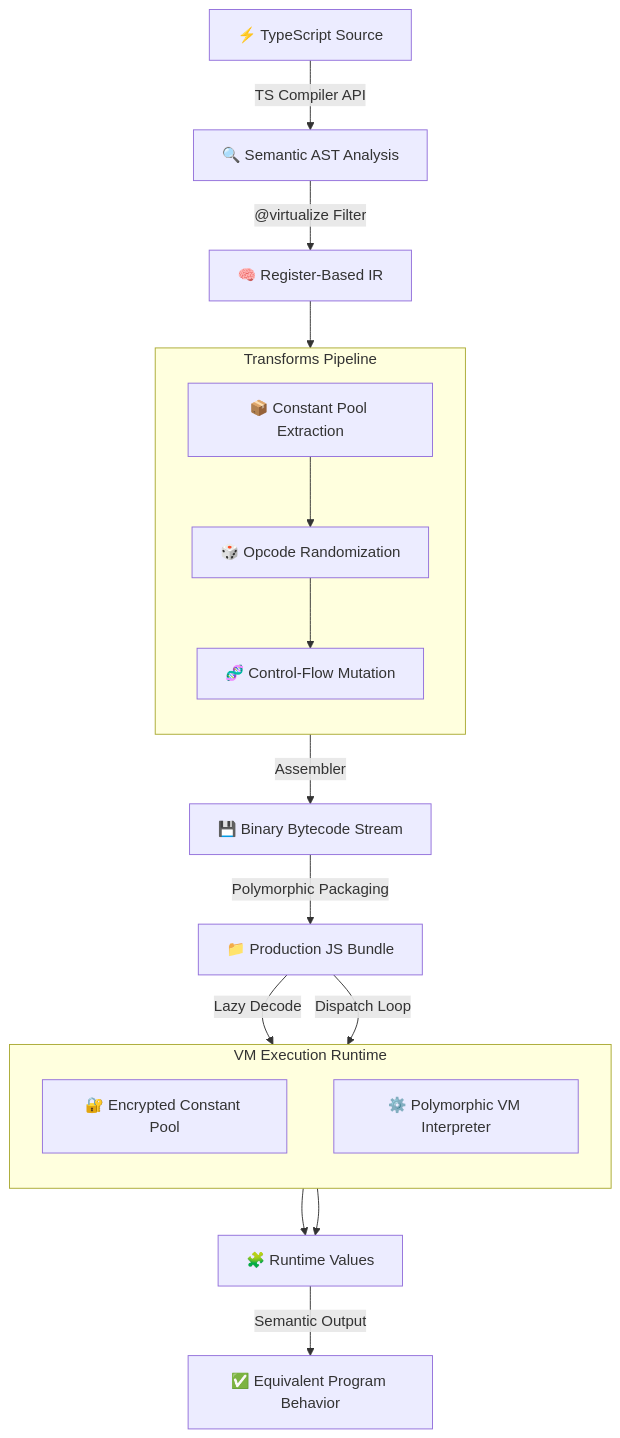
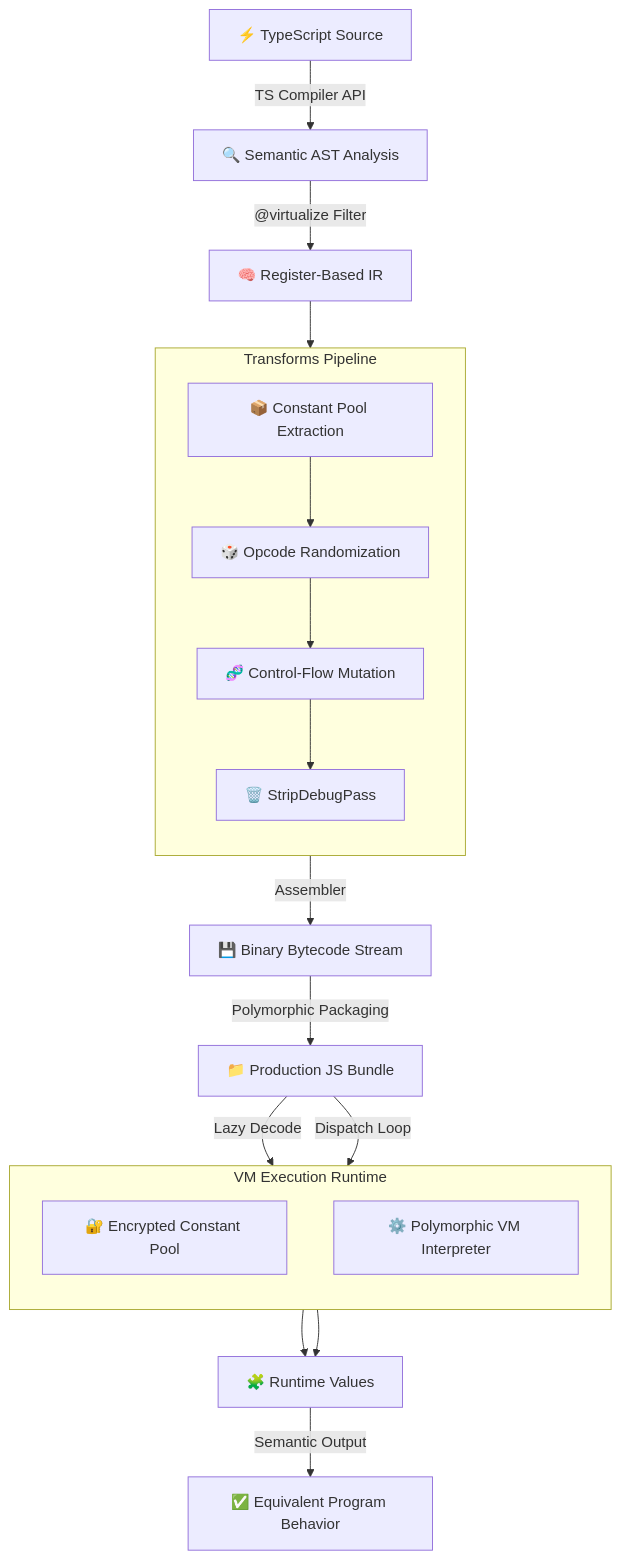
One commit to Tr0ngX/ts-vm-obfuscator changed the diagram in README.md. Above: the diagram before and after it, drawn with Mermaid. The commit also changed other lines of this file and 19 other files, not shown here.

Commit message:
docs(readme): Refactor README using skill guidelines, fix VM Integrity Violation and add StripDebugPass

````diff
--- a/README.md
+++ b/README.md
@@ -37,34 +85,35 @@
 ```mermaid
 graph TD
-
     A["⚡ TypeScript Source"] -->|"TS Compiler API"| B["🔍 Semantic AST Analysis"]
     B -->|"@virtualize Filter"| C["🧠 Register-Based IR"]
 
     subgraph T["Transforms Pipeline"]
         direction TB
         T1["📦 Constant Pool Extraction"]
         T2["🎲 Opcode Randomization"]
         T3["🧬 Control-Flow Mutation"]
+        T4["🗑️ StripDebugPass"]
     end
     
     C --> T1
     T1 --> T2
     T2 --> T3
+    T3 --> T4
 
-    T3 -->|"Assembler"| G["💾 Binary Bytecode Stream"]
+    T4 -->|"Assembler"| G["💾 Binary Bytecode Stream"]
     G -->|"Polymorphic Packaging"| H["📁 Production JS Bundle"]
 
     subgraph R["VM Execution Runtime"]
         direction TB
         R1["🔐 Encrypted Constant Pool"]
         R2["⚙️ Polymorphic VM Interpreter"]
     end
     
     H -->|"Lazy Decode"| R1
     H -->|"Dispatch Loop"| R2
     
     R1 --> K["🧩 Runtime Values"]
     R2 --> K
 
     K -->|"Semantic Output"| L["✅ Equivalent Program Behavior"]
 ```
````
